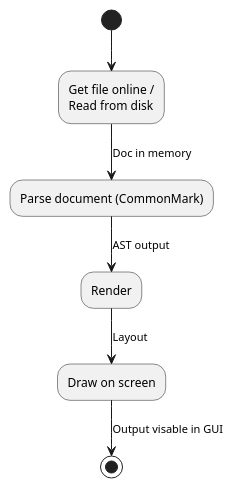
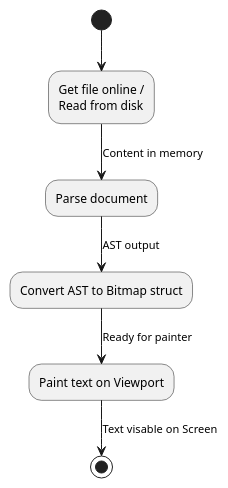
Before and after one commit to LibreWeb/LibreWeb-Browser: the second of 2 diagrams in README.md, drawn with PlantUML. The commit also changed other lines of this file, not shown here.

Commit message:
Create 2 diagrams

````diff
--- a/README.md
+++ b/README.md
@@ -32,7 +43,7 @@
 ```plantuml
 (*) --> "Get file online /\nRead from disk"
--->[Doc in memory] "Parse document (CommonMark)"
--->[AST output] "Render"
--->[Layout] "Draw on screen"
--->[Output visable in GUI] (*)
+-->[Content in memory] "Parse document"
+-->[AST output] "Convert AST to Bitmap struct"
+-->[Ready for painter] "Paint text on Viewport"
+-->[Text visable on Screen] (*)
 ```
````
